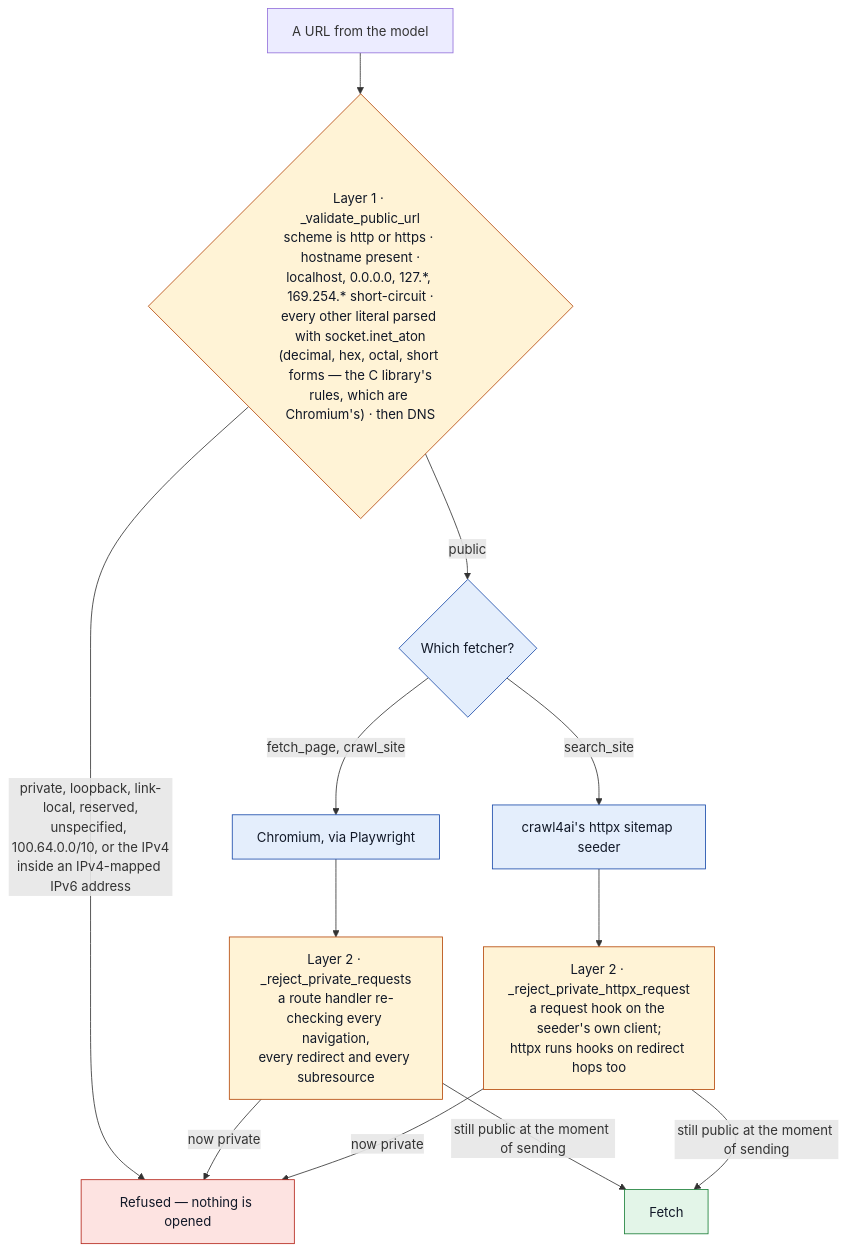
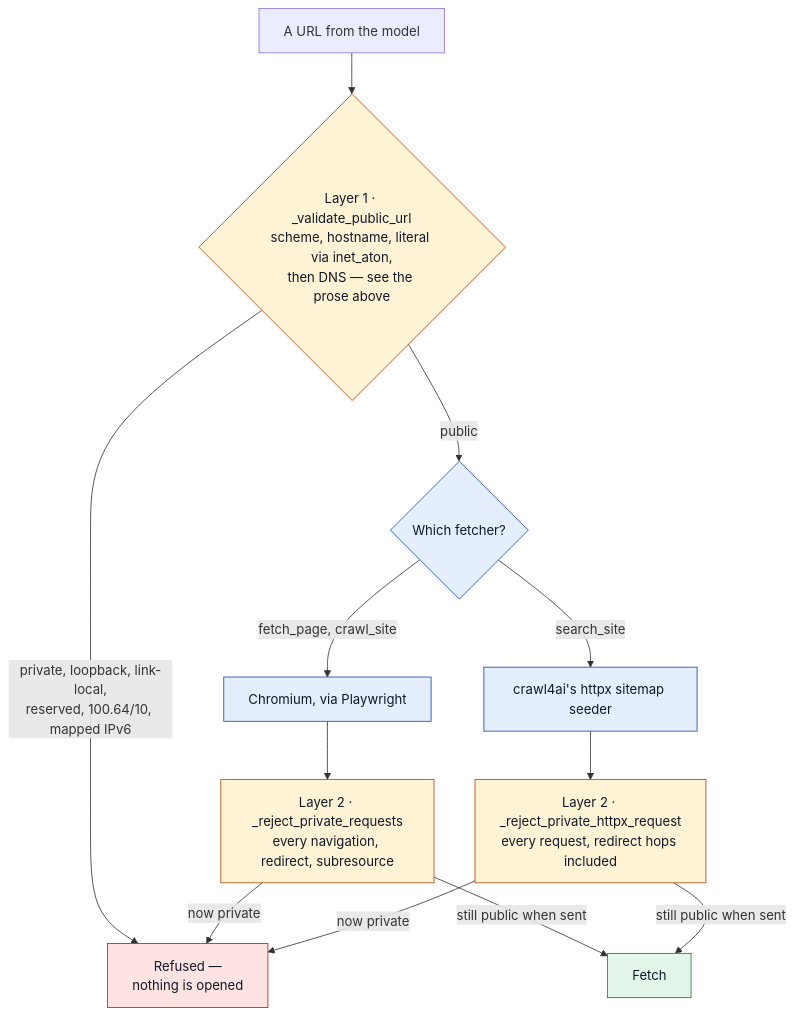
One commit to stephus182/ibkr_core_mcp changed the fourth of 5 diagrams in docs/security-architecture.md. Above: the diagram before and after it, drawn with Mermaid. The commit also changed other lines of this file, not shown here.

First line of the commit message:
docs(security): cut the §3 diagram; hold the rest to "readable at a glance"

````diff
--- a/docs/security-architecture.md
+++ b/docs/security-architecture.md
@@ -414,24 +350,24 @@
 ```mermaid
 flowchart TB
     classDef guard fill:#fff3d6,stroke:#b54708,color:#111827
     classDef stop fill:#fde3e1,stroke:#b42318,color:#111827
     classDef ok fill:#e3f5e8,stroke:#1a7f37,color:#111827
     classDef proc fill:#e4eefc,stroke:#1849a9,color:#111827
 
-    U["A URL from the model"] --> L1{"Layer 1 · _validate_public_url<br/>scheme is http or https · hostname present ·<br/>localhost, 0.0.0.0, 127.*, 169.254.* short-circuit ·<br/>every other literal parsed with socket.inet_aton<br/>(decimal, hex, octal, short forms — the C library's<br/>rules, which are Chromium's) · then DNS"}
-    L1 -->|"private, loopback, link-local, reserved,<br/>unspecified, 100.64.0.0/10, or the IPv4<br/>inside an IPv4-mapped IPv6 address"| X["Refused — nothing is opened"]
+    U["A URL from the model"] --> L1{"Layer 1 · _validate_public_url<br/>scheme, hostname, literal via inet_aton,<br/>then DNS — see the prose above"}
+    L1 -->|"private, loopback, link-local,<br/>reserved, 100.64/10, mapped IPv6"| X["Refused —<br/>nothing is opened"]
     L1 -->|"public"| F{"Which fetcher?"}
     F -->|"fetch_page, crawl_site"| PW["Chromium, via Playwright"]
     F -->|"search_site"| HX["crawl4ai's httpx sitemap seeder"]
-    PW --> R1["Layer 2 · _reject_private_requests<br/>a route handler re-checking every navigation,<br/>every redirect and every subresource"]
-    HX --> R2["Layer 2 · _reject_private_httpx_request<br/>a request hook on the seeder's own client;<br/>httpx runs hooks on redirect hops too"]
-    R1 -->|"still public at the moment of sending"| NET["Fetch"]
-    R2 -->|"still public at the moment of sending"| NET
+    PW --> R1["Layer 2 · _reject_private_requests<br/>every navigation, redirect, subresource"]
+    HX --> R2["Layer 2 · _reject_private_httpx_request<br/>every request, redirect hops included"]
+    R1 -->|"still public when sent"| NET["Fetch"]
+    R2 -->|"still public when sent"| NET
     R1 -->|"now private"| X
     R2 -->|"now private"| X
 
     class L1,R1,R2 guard
     class X stop
     class NET ok
     class PW,HX,F proc
 ```
````
